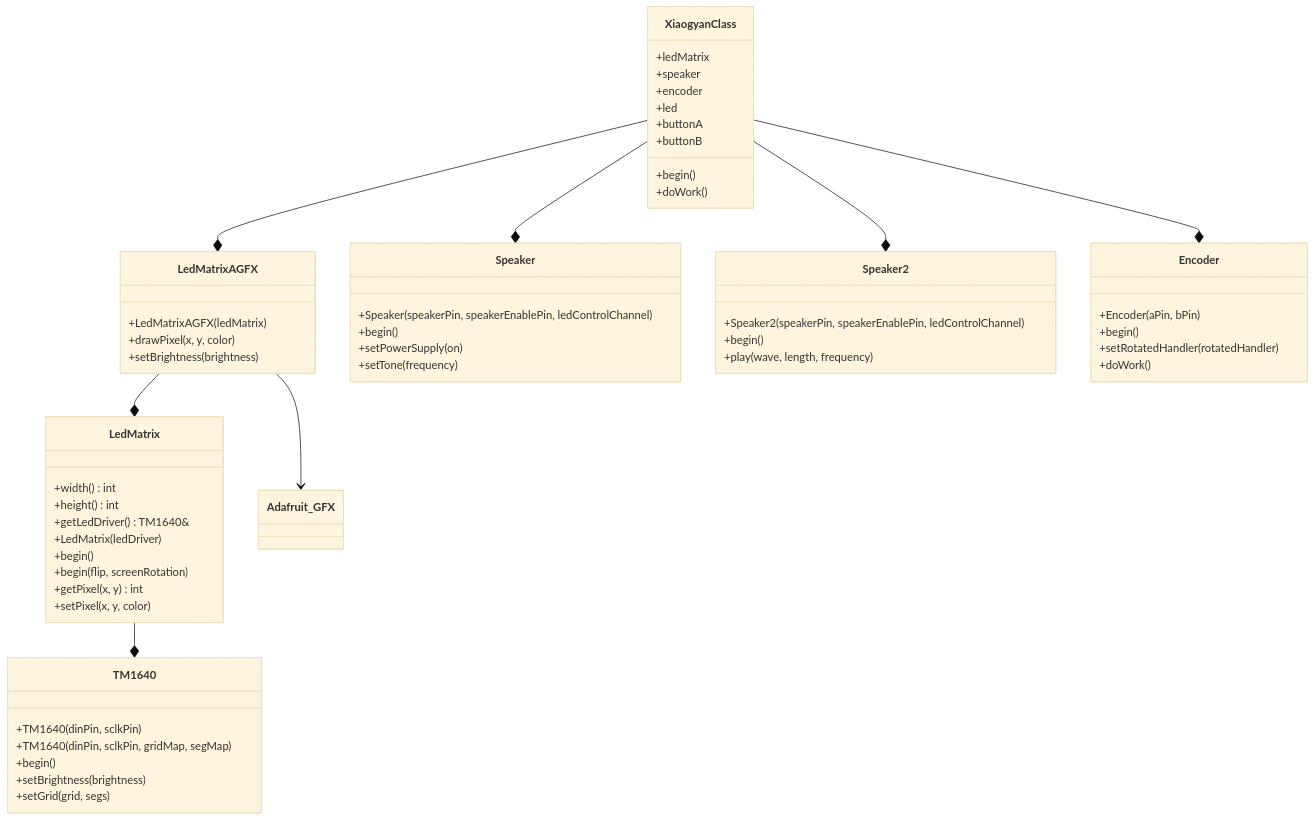
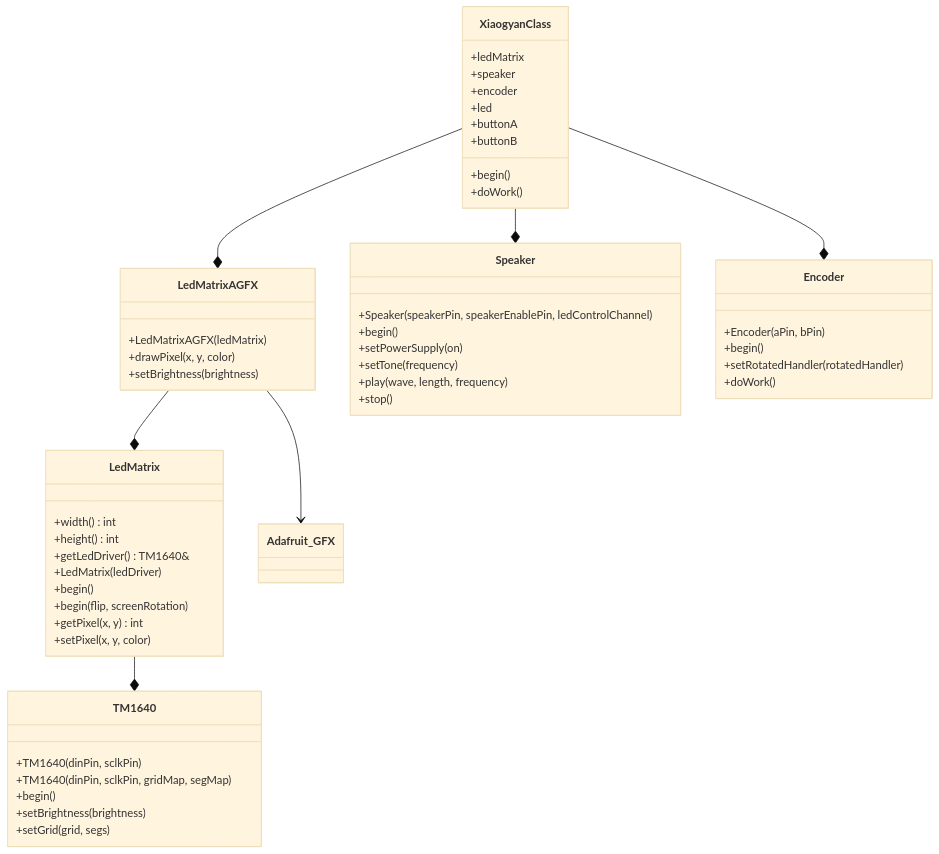
The diagram in README.md (y-ohe/xiaogyan_arduino), drawn with Mermaid (base theme) before and after one commit.

Commit message:
README更新

````diff
--- a/README.md
+++ b/README.md
@@ -5,70 +5,65 @@
 ```mermaid
 classDiagram
 
     class XiaogyanClass {
         +ledMatrix
         +speaker
         +encoder
         +led
         +buttonA
         +buttonB
         +begin()
         +doWork()
     }
 
     XiaogyanClass --* LedMatrixAGFX
     XiaogyanClass --* Speaker
-    XiaogyanClass --* Speaker2
     XiaogyanClass --* Encoder
 
     class TM1640 {
         +TM1640(dinPin, sclkPin)
         +TM1640(dinPin, sclkPin, gridMap, segMap)
         +begin()
         +setBrightness(brightness)
         +setGrid(grid, segs)
     }
 
     class LedMatrix {
         +width() int
         +height() int
         +getLedDriver() TM1640&
 
         +LedMatrix(ledDriver)
         +begin()
         +begin(flip, screenRotation)
         +getPixel(x, y) int
         +setPixel(x, y, color)
     }
 
     class LedMatrixAGFX {
         +LedMatrixAGFX(ledMatrix)
         +drawPixel(x, y, color)
         +setBrightness(brightness)
     }
 
     LedMatrixAGFX --> Adafruit_GFX
     LedMatrixAGFX --* LedMatrix
     LedMatrix --* TM1640
 
     class Speaker {
         +Speaker(speakerPin, speakerEnablePin, ledControlChannel)
         +begin()
         +setPowerSupply(on)
         +setTone(frequency)
-    }
-
-    class Speaker2 {
-        +Speaker2(speakerPin, speakerEnablePin, ledControlChannel)
-        +begin()
         +play(wave, length, frequency)
+        +stop()
     }
 
     class Encoder {
         +Encoder(aPin, bPin)
         +begin()
         +setRotatedHandler(rotatedHandler)
         +doWork()
     }
 
 ```
````
